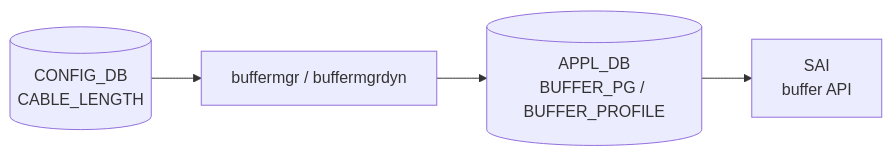
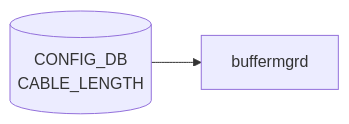
The diagram in docs/reference/config-db/cable-length.md (aoki-taquan/sonic-unofficial-docs), drawn with Mermaid before and after one commit. The commit also changed other lines of this file and 359 other files, not shown here.

````diff
--- a/docs/reference/config-db/cable-length.md
+++ b/docs/reference/config-db/cable-length.md
@@ -42,10 +42,6 @@
 ```mermaid
 flowchart LR
   CDB[("CONFIG_DB<br/>CABLE_LENGTH")]
-  BM["buffermgr / buffermgrdyn"]
-  CDB --> BM
-  APPL[("APPL_DB<br/>BUFFER_PG / BUFFER_PROFILE")]
-  BM --> APPL
-  SAI["SAI<br/>buffer API"]
-  APPL --> SAI
+  DM["buffermgrd"]
+  CDB --> DM
 ```
````
